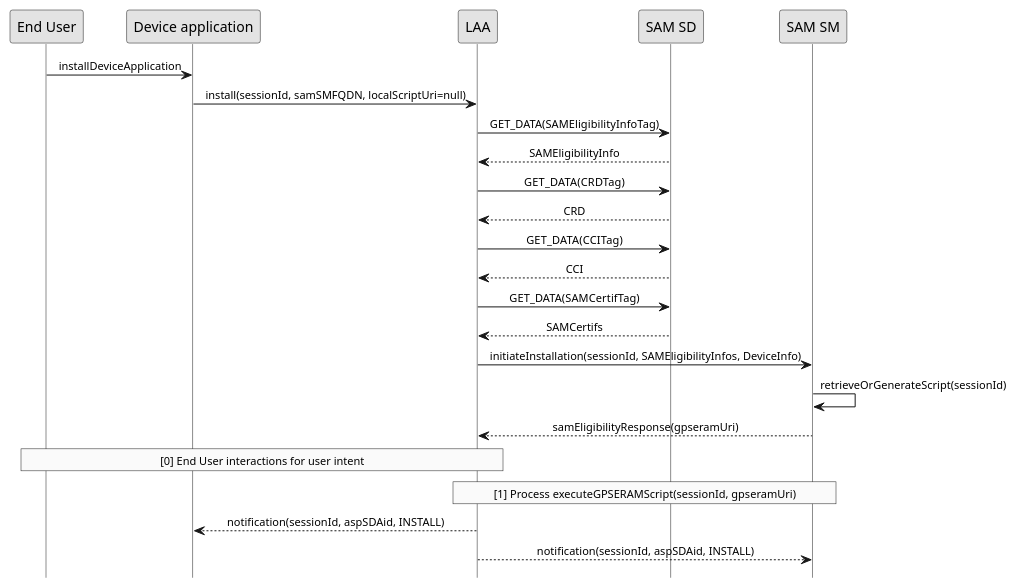
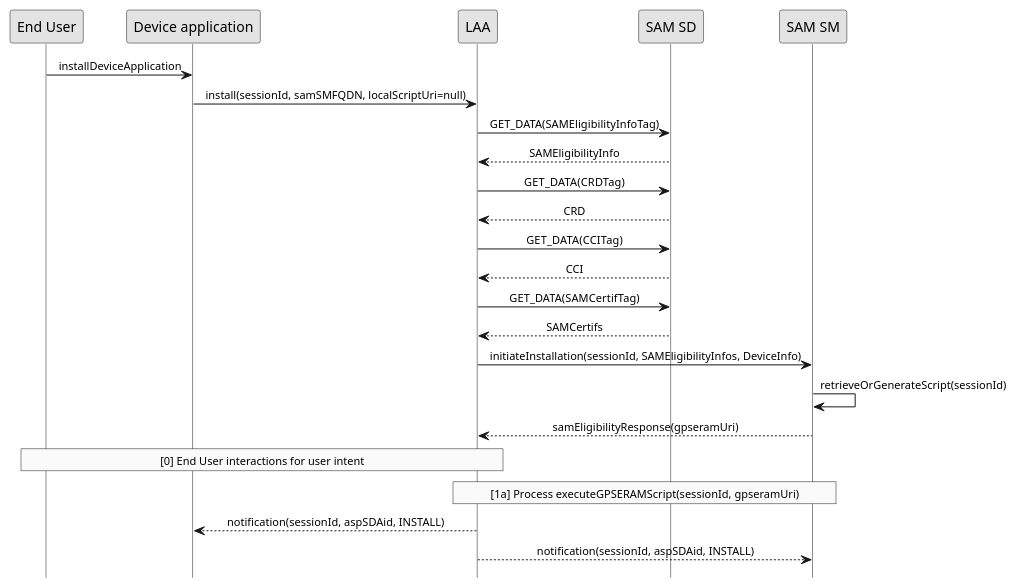
The diagram in doc/uml/install-samsm.pu (gaelrgerard/laa), drawn with PlantUML before and after one commit. The commit also changed 8 other files, not shown here.

```diff
--- a/doc/uml/install-samsm.pu
+++ b/doc/uml/install-samsm.pu
@@ -1,35 +1,35 @@
 @startuml
  
 hide footbox
 skinparam sequenceMessageAlign center
 skinparam sequenceArrowFontSize 11
 skinparam noteFontSize 11
 skinparam monochrome true
 skinparam lifelinestrategy solid
  
 "End User" -> "Device application" : installDeviceApplication
 "Device application" -> LAA : install(sessionId, samSMFQDN, localScriptUri=null)
 LAA -> "SAM SD" : GET_DATA(SAMEligibilityInfoTag)
 "SAM SD" --> LAA : SAMEligibilityInfo  
 LAA -> "SAM SD" : GET_DATA(CRDTag)
 "SAM SD" --> LAA : CRD
 LAA -> "SAM SD" : GET_DATA(CCITag)
 "SAM SD" --> LAA : CCI
 LAA -> "SAM SD" : GET_DATA(SAMCertifTag)
 "SAM SD" --> LAA : SAMCertifs
 "LAA" -> "SAM SM" : initiateInstallation(sessionId, SAMEligibilityInfos, DeviceInfo) 
 "SAM SM" -> "SAM SM" : retrieveOrGenerateScript(sessionId)
 "SAM SM" --> LAA : samEligibilityResponse(gpseramUri)
  
 rnote over "LAA", "End User"
      [0] End User interactions for user intent
 end rnote
  
 rnote over "LAA", "SAM SM"
-     [1] Process executeGPSERAMScript(sessionId, gpseramUri)
+     [1a] Process executeGPSERAMScript(sessionId, gpseramUri)
 end rnote
  
 LAA --> "Device application" : notification(sessionId, aspSDAid, INSTALL)
  
 LAA --> "SAM SM" : notification(sessionId, aspSDAid, INSTALL)
 @enduml
```
